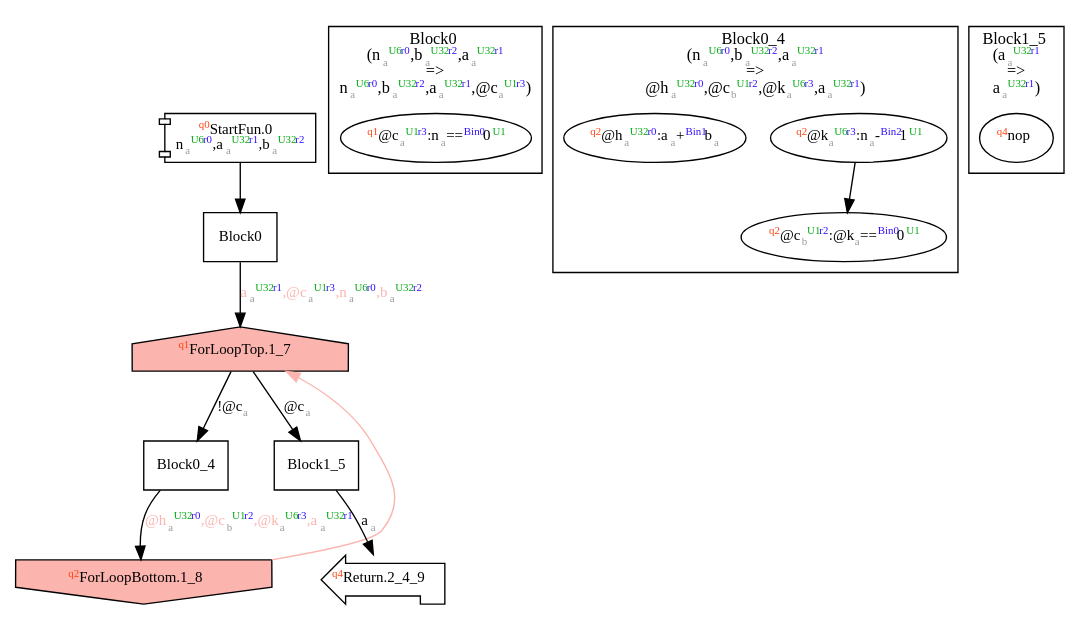
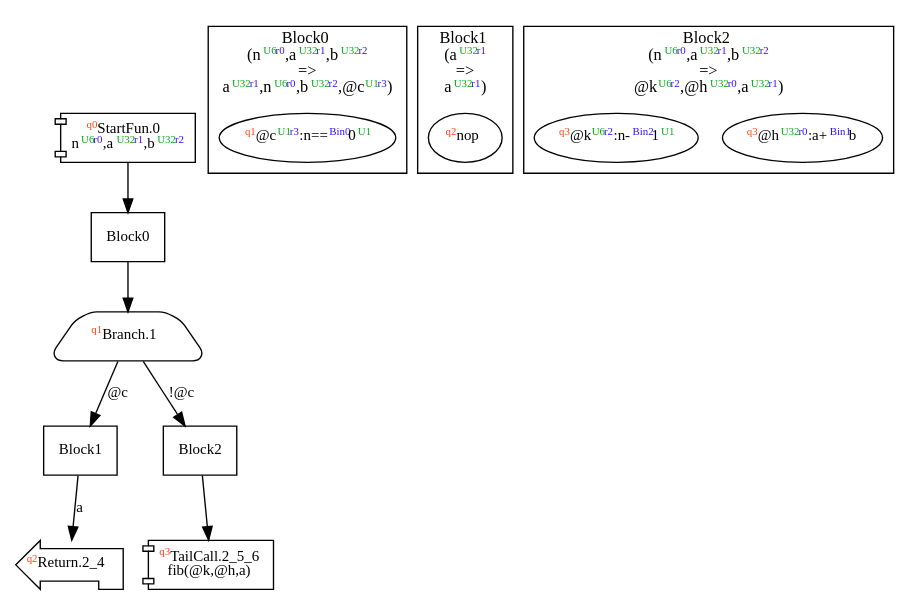
One commit to akouryy/SyntheScala changed the diagram in dist/fib.dot. Above: the diagram before and after it, drawn with Graphviz. The commit also changed 52 other files, not shown here.

```diff
--- a/dist/fib.dot
+++ b/dist/fib.dot
@@ -1,45 +1,37 @@
 digraph Program_ {
   graph [fontname = "Monaco", fontsize = 12, ranksep = 0.5];
   node [shape = box, fontname = "Monaco", fontsize = 11; colorscheme = pastel19];
   edge [fontname = "Monaco", fontsize = 11; colorscheme = pastel19];
-  Jump0[label = <<font color="#ff4411" point-size="8"><sup>q0</sup></font>StartFun.0<br/>n<font color="#999999" point-size="8"><sub>a</sub></font><font color="#00aa11" point-size="8"><sup>U6</sup></font><font color="#3311ff" point-size="8"><sup>r0</sup></font>,a<font color="#999999" point-size="8"><sub>a</sub></font><font color="#00aa11" point-size="8"><sup>U32</sup></font><font color="#3311ff" point-size="8"><sup>r1</sup></font>,b<font color="#999999" point-size="8"><sub>a</sub></font><font color="#00aa11" point-size="8"><sup>U32</sup></font><font color="#3311ff" point-size="8"><sup>r2</sup></font>>; shape = component];
+  Jump0[label = <<font color="#ff4411" point-size="8"><sup>q0</sup></font>StartFun.0<br/>n<font color="#00aa11" point-size="8"><sup>U6</sup></font><font color="#3311ff" point-size="8"><sup>r0</sup></font>,a<font color="#00aa11" point-size="8"><sup>U32</sup></font><font color="#3311ff" point-size="8"><sup>r1</sup></font>,b<font color="#00aa11" point-size="8"><sup>U32</sup></font><font color="#3311ff" point-size="8"><sup>r2</sup></font>>; shape = component];
   Jump0 -> Block0;
-  Jump1_7[
-    label = <<font color="#ff4411" point-size="8"><sup>q1</sup></font>ForLoopTop.1_7>;
-    shape = house; style = filled;
-    fillcolor = 1;
+  Jump1[
+    label = <<font color="#ff4411" point-size="8"><sup>q1</sup></font>Branch.1>;
+    shape = trapezium; style = rounded;
   ];
-  Block0 -> Jump1_7 [label=<a<font color="#999999" point-size="8"><sub>a</sub></font><font color="#00aa11" point-size="8"><sup>U32</sup></font><font color="#3311ff" point-size="8"><sup>r1</sup></font>,@c<font color="#999999" point-size="8"><sub>a</sub></font><font color="#00aa11" point-size="8"><sup>U1</sup></font><font color="#3311ff" point-size="8"><sup>r3</sup></font>,n<font color="#999999" point-size="8"><sub>a</sub></font><font color="#00aa11" point-size="8"><sup>U6</sup></font><font color="#3311ff" point-size="8"><sup>r0</sup></font>,b<font color="#999999" point-size="8"><sub>a</sub></font><font color="#00aa11" point-size="8"><sup>U32</sup></font><font color="#3311ff" point-size="8"><sup>r2</sup></font>>; fontcolor=1];
-  Jump1_7 -> Block0_4 [label = <!@c<font color="#999999" point-size="8"><sub>a</sub></font>>];
-  Jump1_8 -> Jump1_7 [constraint = false; color = 1];
-  Jump1_7 -> Block1_5 [label = <@c<font color="#999999" point-size="8"><sub>a</sub></font>>];
-  Jump1_8[
-    label = <<font color="#ff4411" point-size="8"><sup>q2</sup></font>ForLoopBottom.1_8>
-    shape = invhouse; style = filled;
-    fillcolor = 1;
-  ];
-  Block0_4 -> Jump1_8 [label=<@h<font color="#999999" point-size="8"><sub>a</sub></font><font color="#00aa11" point-size="8"><sup>U32</sup></font><font color="#3311ff" point-size="8"><sup>r0</sup></font>,@c<font color="#999999" point-size="8"><sub>b</sub></font><font color="#00aa11" point-size="8"><sup>U1</sup></font><font color="#3311ff" point-size="8"><sup>r2</sup></font>,@k<font color="#999999" point-size="8"><sub>a</sub></font><font color="#00aa11" point-size="8"><sup>U6</sup></font><font color="#3311ff" point-size="8"><sup>r3</sup></font>,a<font color="#999999" point-size="8"><sub>a</sub></font><font color="#00aa11" point-size="8"><sup>U32</sup></font><font color="#3311ff" point-size="8"><sup>r1</sup></font>>; fontcolor=1];
-  Jump2_4_9[label = <<font color="#ff4411" point-size="8"><sup>q4</sup></font>Return.2_4_9>; shape = lpromoter];
-  Block1_5 -> Jump2_4_9 [label=<a<font color="#999999" point-size="8"><sub>a</sub></font>>];
+  Block0 -> Jump1;
+  Jump1 -> Block1 [label=<@c>];
+  Jump1 -> Block2 [label=<!@c>];
+  Jump2_4[label = <<font color="#ff4411" point-size="8"><sup>q2</sup></font>Return.2_4>; shape = lpromoter];
+  Block1 -> Jump2_4 [label=<a>];
+  Jump2_5_6[label = <<font color="#ff4411" point-size="8"><sup>q3</sup></font>TailCall.2_5_6<br/>fib(@k,@h,a)>; shape = component];
+  Block2 -> Jump2_5_6;
   Block0 [label = "Block0"];
-  Block0_4 [label = "Block0_4"];
-  Block1_5 [label = "Block1_5"];
+  Block1 [label = "Block1"];
+  Block2 [label = "Block2"];
   subgraph cluster_dfg_Block0 {
     node [shape = oval];
-    label = <Block0<br/>(n<font color="#999999" point-size="8"><sub>a</sub></font><font color="#00aa11" point-size="8"><sup>U6</sup></font><font color="#3311ff" point-size="8"><sup>r0</sup></font>,b<font color="#999999" point-size="8"><sub>a</sub></font><font color="#00aa11" point-size="8"><sup>U32</sup></font><font color="#3311ff" point-size="8"><sup>r2</sup></font>,a<font color="#999999" point-size="8"><sub>a</sub></font><font color="#00aa11" point-size="8"><sup>U32</sup></font><font color="#3311ff" point-size="8"><sup>r1</sup></font><br/>=&gt;<br/>n<font color="#999999" point-size="8"><sub>a</sub></font><font color="#00aa11" point-size="8"><sup>U6</sup></font><font color="#3311ff" point-size="8"><sup>r0</sup></font>,b<font color="#999999" point-size="8"><sub>a</sub></font><font color="#00aa11" point-size="8"><sup>U32</sup></font><font color="#3311ff" point-size="8"><sup>r2</sup></font>,a<font color="#999999" point-size="8"><sub>a</sub></font><font color="#00aa11" point-size="8"><sup>U32</sup></font><font color="#3311ff" point-size="8"><sup>r1</sup></font>,@c<font color="#999999" point-size="8"><sub>a</sub></font><font color="#00aa11" point-size="8"><sup>U1</sup></font><font color="#3311ff" point-size="8"><sup>r3</sup></font>)>;
-    8 [label=<<font color="#ff4411" point-size="8"><sup>q1</sup></font>@c<font color="#999999" point-size="8"><sub>a</sub></font><font color="#00aa11" point-size="8"><sup>U1</sup></font><font color="#3311ff" point-size="8"><sup>r3</sup></font>:n<font color="#999999" point-size="8"><sub>a</sub></font>==<font color="#3311ff" point-size="8"><sup>Bin0</sup></font>0<font color="#00aa11" point-size="8"><sup>U1</sup></font>>];
+    label = <Block0<br/>(n<font color="#00aa11" point-size="8"><sup>U6</sup></font><font color="#3311ff" point-size="8"><sup>r0</sup></font>,a<font color="#00aa11" point-size="8"><sup>U32</sup></font><font color="#3311ff" point-size="8"><sup>r1</sup></font>,b<font color="#00aa11" point-size="8"><sup>U32</sup></font><font color="#3311ff" point-size="8"><sup>r2</sup></font><br/>=&gt;<br/>a<font color="#00aa11" point-size="8"><sup>U32</sup></font><font color="#3311ff" point-size="8"><sup>r1</sup></font>,n<font color="#00aa11" point-size="8"><sup>U6</sup></font><font color="#3311ff" point-size="8"><sup>r0</sup></font>,b<font color="#00aa11" point-size="8"><sup>U32</sup></font><font color="#3311ff" point-size="8"><sup>r2</sup></font>,@c<font color="#00aa11" point-size="8"><sup>U1</sup></font><font color="#3311ff" point-size="8"><sup>r3</sup></font>)>;
+    1 [label=<<font color="#ff4411" point-size="8"><sup>q1</sup></font>@c<font color="#00aa11" point-size="8"><sup>U1</sup></font><font color="#3311ff" point-size="8"><sup>r3</sup></font>:n==<font color="#3311ff" point-size="8"><sup>Bin0</sup></font>0<font color="#00aa11" point-size="8"><sup>U1</sup></font>>];
   }
-  subgraph cluster_dfg_Block0_4 {
+  subgraph cluster_dfg_Block1 {
     node [shape = oval];
-    label = <Block0_4<br/>(n<font color="#999999" point-size="8"><sub>a</sub></font><font color="#00aa11" point-size="8"><sup>U6</sup></font><font color="#3311ff" point-size="8"><sup>r0</sup></font>,b<font color="#999999" point-size="8"><sub>a</sub></font><font color="#00aa11" point-size="8"><sup>U32</sup></font><font color="#3311ff" point-size="8"><sup>r2</sup></font>,a<font color="#999999" point-size="8"><sub>a</sub></font><font color="#00aa11" point-size="8"><sup>U32</sup></font><font color="#3311ff" point-size="8"><sup>r1</sup></font><br/>=&gt;<br/>@h<font color="#999999" point-size="8"><sub>a</sub></font><font color="#00aa11" point-size="8"><sup>U32</sup></font><font color="#3311ff" point-size="8"><sup>r0</sup></font>,@c<font color="#999999" point-size="8"><sub>b</sub></font><font color="#00aa11" point-size="8"><sup>U1</sup></font><font color="#3311ff" point-size="8"><sup>r2</sup></font>,@k<font color="#999999" point-size="8"><sub>a</sub></font><font color="#00aa11" point-size="8"><sup>U6</sup></font><font color="#3311ff" point-size="8"><sup>r3</sup></font>,a<font color="#999999" point-size="8"><sub>a</sub></font><font color="#00aa11" point-size="8"><sup>U32</sup></font><font color="#3311ff" point-size="8"><sup>r1</sup></font>)>;
-    9 [label=<<font color="#ff4411" point-size="8"><sup>q2</sup></font>@k<font color="#999999" point-size="8"><sub>a</sub></font><font color="#00aa11" point-size="8"><sup>U6</sup></font><font color="#3311ff" point-size="8"><sup>r3</sup></font>:n<font color="#999999" point-size="8"><sub>a</sub></font>-<font color="#3311ff" point-size="8"><sup>Bin2</sup></font>1<font color="#00aa11" point-size="8"><sup>U1</sup></font>>];
-    10 [label=<<font color="#ff4411" point-size="8"><sup>q2</sup></font>@h<font color="#999999" point-size="8"><sub>a</sub></font><font color="#00aa11" point-size="8"><sup>U32</sup></font><font color="#3311ff" point-size="8"><sup>r0</sup></font>:a<font color="#999999" point-size="8"><sub>a</sub></font>+<font color="#3311ff" point-size="8"><sup>Bin1</sup></font>b<font color="#999999" point-size="8"><sub>a</sub></font>>];
-    11 [label=<<font color="#ff4411" point-size="8"><sup>q2</sup></font>@c<font color="#999999" point-size="8"><sub>b</sub></font><font color="#00aa11" point-size="8"><sup>U1</sup></font><font color="#3311ff" point-size="8"><sup>r2</sup></font>:@k<font color="#999999" point-size="8"><sub>a</sub></font>==<font color="#3311ff" point-size="8"><sup>Bin0</sup></font>0<font color="#00aa11" point-size="8"><sup>U1</sup></font>>];
-    9 -> 11;
+    label = <Block1<br/>(a<font color="#00aa11" point-size="8"><sup>U32</sup></font><font color="#3311ff" point-size="8"><sup>r1</sup></font><br/>=&gt;<br/>a<font color="#00aa11" point-size="8"><sup>U32</sup></font><font color="#3311ff" point-size="8"><sup>r1</sup></font>)>;
+    2 [label=<<font color="#ff4411" point-size="8"><sup>q2</sup></font>nop>];
   }
-  subgraph cluster_dfg_Block1_5 {
+  subgraph cluster_dfg_Block2 {
     node [shape = oval];
-    label = <Block1_5<br/>(a<font color="#999999" point-size="8"><sub>a</sub></font><font color="#00aa11" point-size="8"><sup>U32</sup></font><font color="#3311ff" point-size="8"><sup>r1</sup></font><br/>=&gt;<br/>a<font color="#999999" point-size="8"><sub>a</sub></font><font color="#00aa11" point-size="8"><sup>U32</sup></font><font color="#3311ff" point-size="8"><sup>r1</sup></font>)>;
-    12 [label=<<font color="#ff4411" point-size="8"><sup>q4</sup></font>nop>];
+    label = <Block2<br/>(n<font color="#00aa11" point-size="8"><sup>U6</sup></font><font color="#3311ff" point-size="8"><sup>r0</sup></font>,a<font color="#00aa11" point-size="8"><sup>U32</sup></font><font color="#3311ff" point-size="8"><sup>r1</sup></font>,b<font color="#00aa11" point-size="8"><sup>U32</sup></font><font color="#3311ff" point-size="8"><sup>r2</sup></font><br/>=&gt;<br/>@k<font color="#00aa11" point-size="8"><sup>U6</sup></font><font color="#3311ff" point-size="8"><sup>r2</sup></font>,@h<font color="#00aa11" point-size="8"><sup>U32</sup></font><font color="#3311ff" point-size="8"><sup>r0</sup></font>,a<font color="#00aa11" point-size="8"><sup>U32</sup></font><font color="#3311ff" point-size="8"><sup>r1</sup></font>)>;
+    3 [label=<<font color="#ff4411" point-size="8"><sup>q3</sup></font>@h<font color="#00aa11" point-size="8"><sup>U32</sup></font><font color="#3311ff" point-size="8"><sup>r0</sup></font>:a+<font color="#3311ff" point-size="8"><sup>Bin1</sup></font>b>];
+    5 [label=<<font color="#ff4411" point-size="8"><sup>q3</sup></font>@k<font color="#00aa11" point-size="8"><sup>U6</sup></font><font color="#3311ff" point-size="8"><sup>r2</sup></font>:n-<font color="#3311ff" point-size="8"><sup>Bin2</sup></font>1<font color="#00aa11" point-size="8"><sup>U1</sup></font>>];
   }
 }
```
